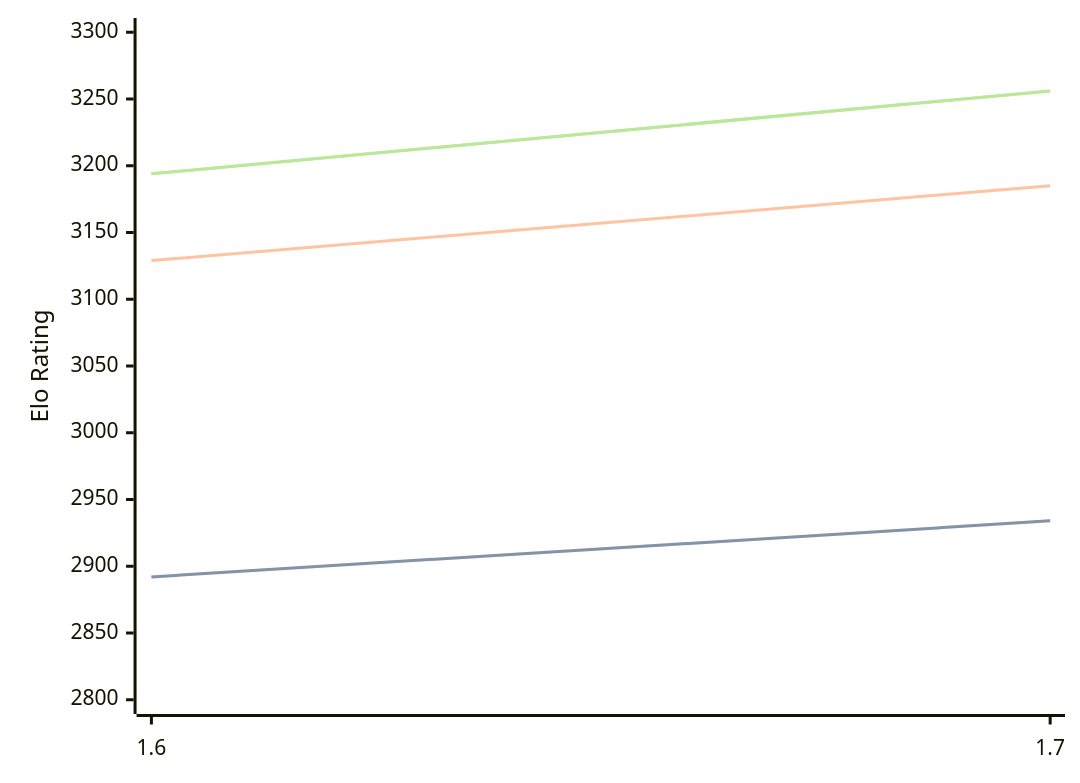
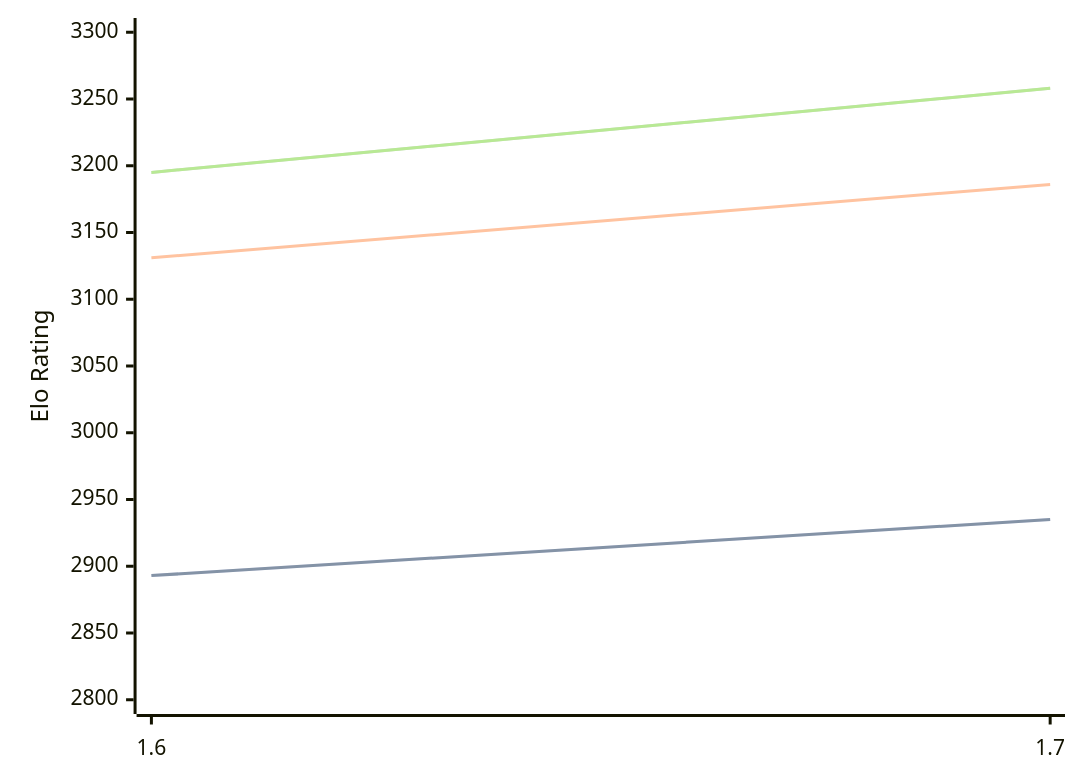
The diagram in engines/Bitbit.md (computer-chess-index/cci), drawn with Mermaid before and after one commit. The commit also changed other lines of this file, not shown here.

Commit message:
Update CCI Ratings (ELO VLTC) - 2026-08-15

````diff
--- a/engines/Bitbit.md
+++ b/engines/Bitbit.md
@@ -32,11 +32,11 @@
 ```mermaid
 %%{init: {"theme":"base","themeVariables":{"seriesColors:['#a3a3a3','#222221','#faa371']}}}%%
 xychart-beta
   x-axis ["1.6", "1.7"]
   y-axis "Elo Rating" 2800 --> 3300
-  line "STC (8.0+0.08s)" [2892, 2934]
-  line "STC (8.0+0.08s)" [2892, 2934]
-  line "LTC (60.0+0.60s)" [3129, 3185]
-  line "VLTC (2m24s+1.12s)" [3194, 3256]
-  line "VLTC (2m24s+1.12s)" [3194, 3256]
+  line "STC (8.0+0.08s)" [2893, 2935]
+  line "STC (8.0+0.08s)" [2893, 2935]
+  line "LTC (60.0+0.60s)" [3131, 3186]
+  line "VLTC (2m24s+1.12s)" [3195, 3258]
+  line "VLTC (2m24s+1.12s)" [3195, 3258]
 ```
````
